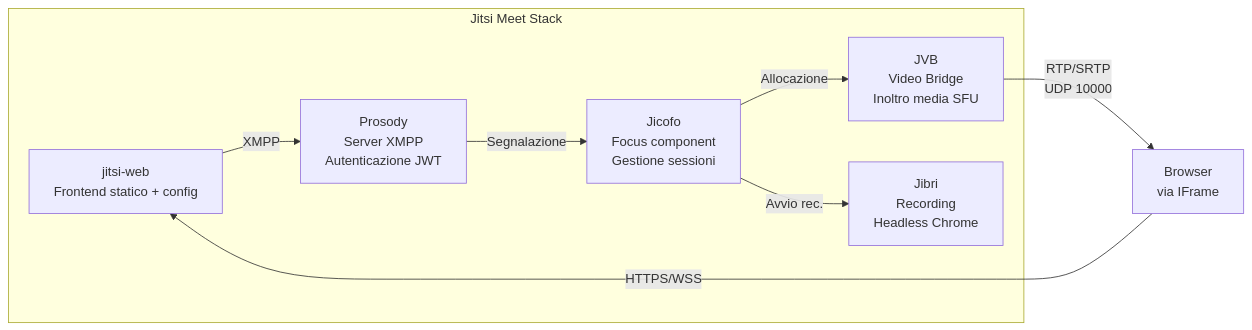
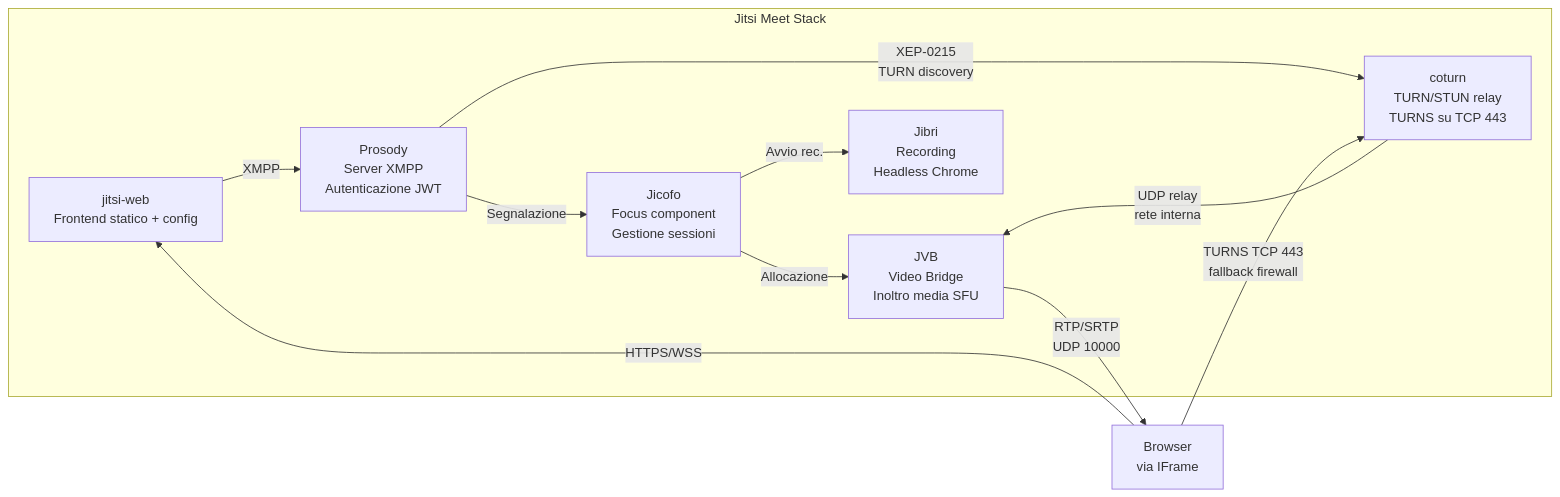
Before and after one commit to italia/pa-webinar: the third of 15 diagrams in docs/ARCHITECTURE.md, drawn with Mermaid. The commit also changed other lines of this file and 2 other files, not shown here.

First line of the commit message:
docs: add TURN/STUN networking, health probes, and troubleshooting

````diff
--- a/docs/ARCHITECTURE.md
+++ b/docs/ARCHITECTURE.md
@@ -141,17 +141,21 @@
 ```mermaid
 graph LR
     subgraph "Jitsi Meet Stack"
         WEB["jitsi-web<br/>Frontend statico + config"]
         PROSODY["Prosody<br/>Server XMPP<br/>Autenticazione JWT"]
         JICOFO["Jicofo<br/>Focus component<br/>Gestione sessioni"]
         JVB["JVB<br/>Video Bridge<br/>Inoltro media SFU"]
+        COTURN["coturn<br/>TURN/STUN relay<br/>TURNS su TCP 443"]
         JIBRI["Jibri<br/>Recording<br/>Headless Chrome"]
     end
 
     CLIENT["Browser<br/>via IFrame"] -- "HTTPS/WSS" --> WEB
     WEB -- "XMPP" --> PROSODY
     PROSODY -- "Segnalazione" --> JICOFO
+    PROSODY -- "XEP-0215<br/>TURN discovery" --> COTURN
     JICOFO -- "Allocazione" --> JVB
     JICOFO -- "Avvio rec." --> JIBRI
     JVB -- "RTP/SRTP<br/>UDP 10000" --> CLIENT
+    CLIENT -- "TURNS TCP 443<br/>fallback firewall" --> COTURN
+    COTURN -- "UDP relay<br/>rete interna" --> JVB
 ```
````
